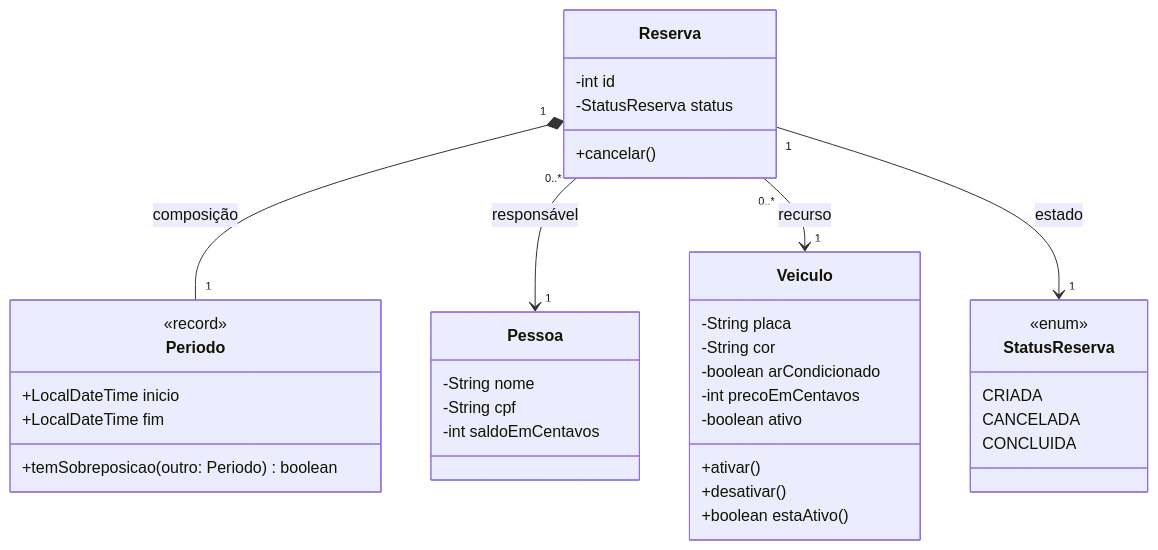
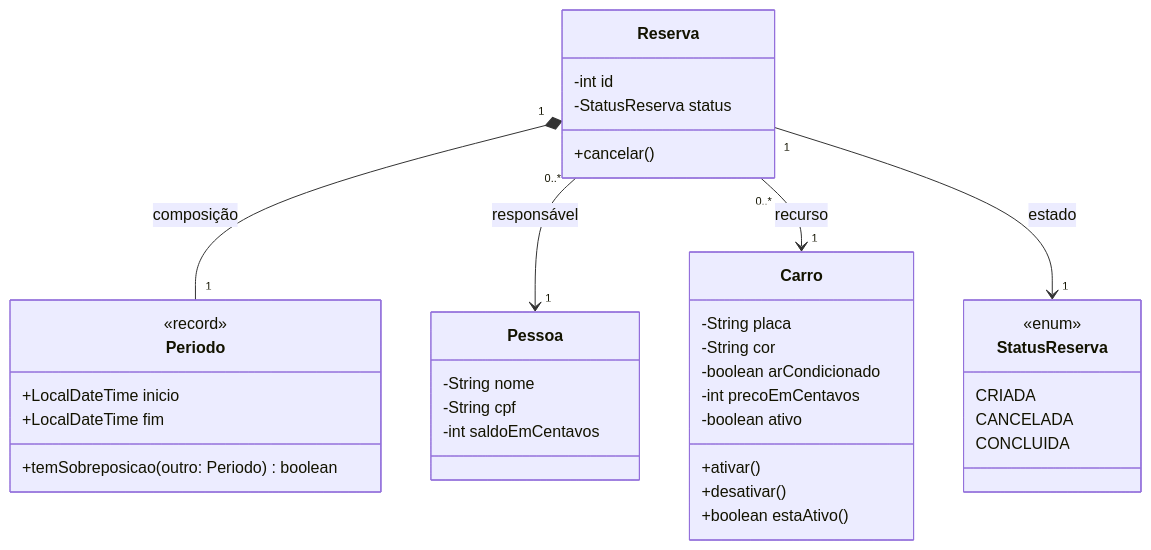
Before and after one commit to Vinny-26/java-project: the diagram in docs/README.md, drawn with Mermaid.

````diff
--- a/docs/README.md
+++ b/docs/README.md
@@ -17,50 +17,50 @@
 ```mermaid
 ---
 config:
   theme: dark
   look: neo
 ---
 classDiagram
-    
-    class StatusReserva {
-      <<enum>>
-      CRIADA
-      CANCELADA
-      CONCLUIDA
-    }
-    
-    class Pessoa {
-      -String nome
-      -String cpf
-      -int saldoEmCentavos
-    }
-    
-    class Veiculo {
-      -String placa
-      -String cor
-      -boolean arCondicionado
-      -int precoEmCentavos
-      -boolean ativo
-      +ativar()
-      +desativar()
-      +boolean estaAtivo()
-    }
+    
+    class StatusReserva {
+      <<enum>>
+      CRIADA
+      CANCELADA
+      CONCLUIDA
+    }
+    
+    class Pessoa {
+      -String nome
+      -String cpf
+      -int saldoEmCentavos
+    }
+    
+    class Carro {
+      -String placa
+      -String cor
+      -boolean arCondicionado
+      -int precoEmCentavos
+      -boolean ativo
+      +ativar()
+      +desativar()
+      +boolean estaAtivo()
+    }
 
-    class Periodo {
-        <<record>>
-        +LocalDateTime inicio
-        +LocalDateTime fim
-        +temSobreposicao(outro: Periodo) boolean
-    }
+    class Periodo {
+        <<record>>
+        +LocalDateTime inicio
+        +LocalDateTime fim
+        +temSobreposicao(outro: Periodo) boolean
+    }
 
-    class Reserva {
-      -int id
-      -StatusReserva status
-      +cancelar()
-    }
-    
-    Reserva "1" *-- "1" Periodo : composição
-    Reserva "0..*" --> "1" Pessoa : responsável
-    Reserva "0..*" --> "1" Veiculo : recurso
-    Reserva "1" --> "1" StatusReserva : estado
+    class Reserva {
+      -int id
+      +cancelar()
+      -StatusReserva status
+    }
+    
+    Reserva "1" *-- "1" Periodo : composição
+    Reserva "0..*" --> "1" Pessoa : responsável
+    Reserva "0..*" --> "1" Carro : recurso
+    Reserva "1" --> "1" StatusReserva : estado
 ```
````
